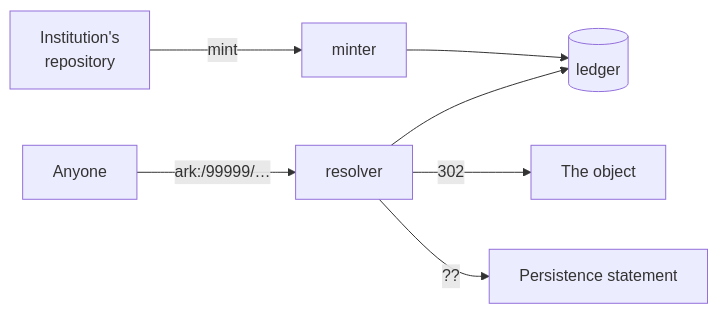
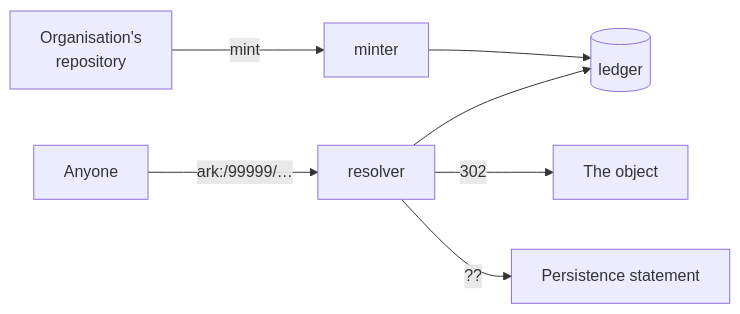
Before and after one commit to RCOSDP/arkhe: the diagram in docs/index.md, drawn with Mermaid. The commit also changed other lines of this file and 62 other files, not shown here.

````diff
--- a/docs/index.md
+++ b/docs/index.md
@@ -6,9 +6,9 @@
 ```mermaid
 flowchart LR
-    R["Institution's<br/>repository"] -->|mint| M[minter]
+    R["Organisation's<br/>repository"] -->|mint| M[minter]
     U[Anyone] -->|ark:/99999/…| S[resolver]
     M --> D[(ledger)]
     S --> D
     S -->|302| T[The object]
     S -->|"?? "| P[Persistence statement]
 ```
````
